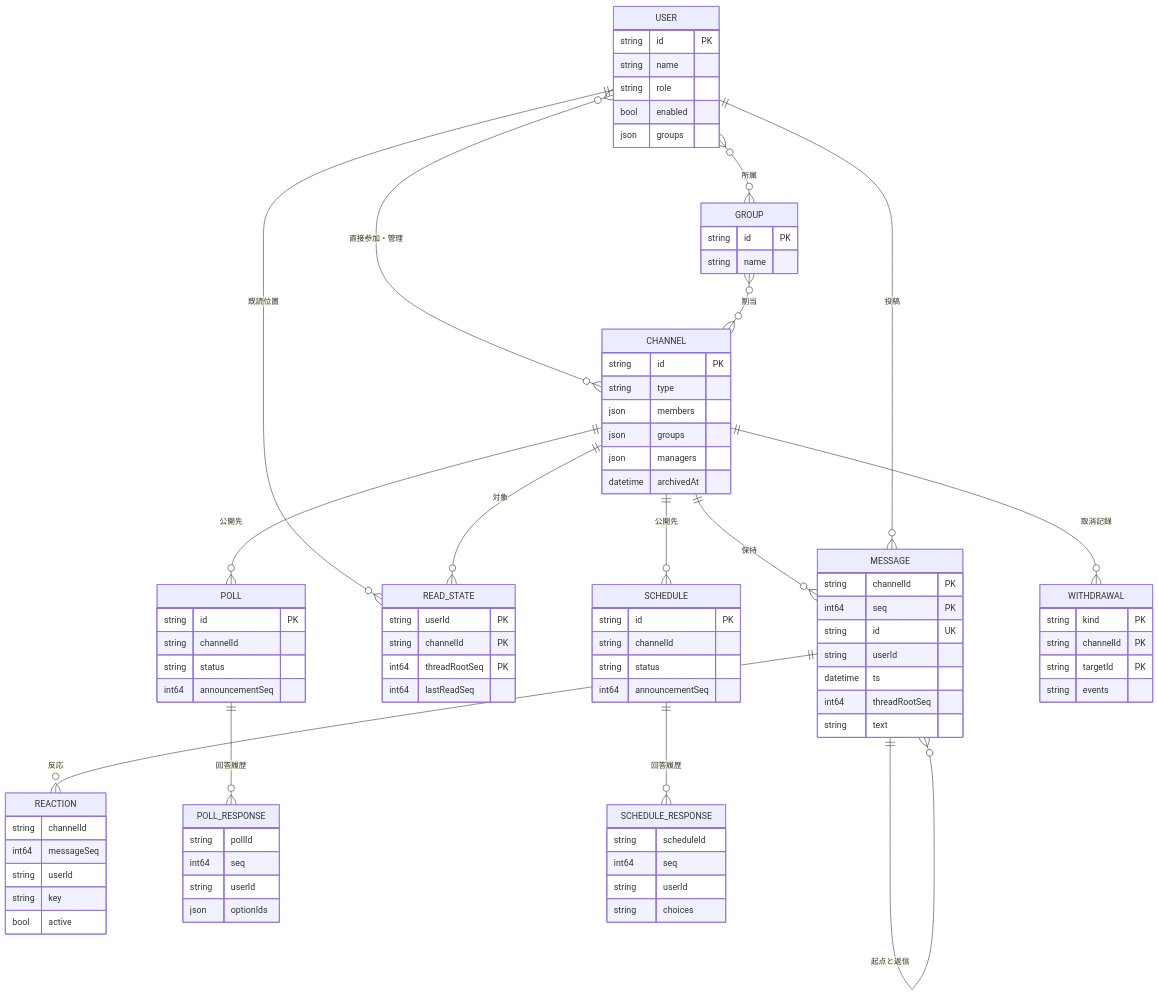
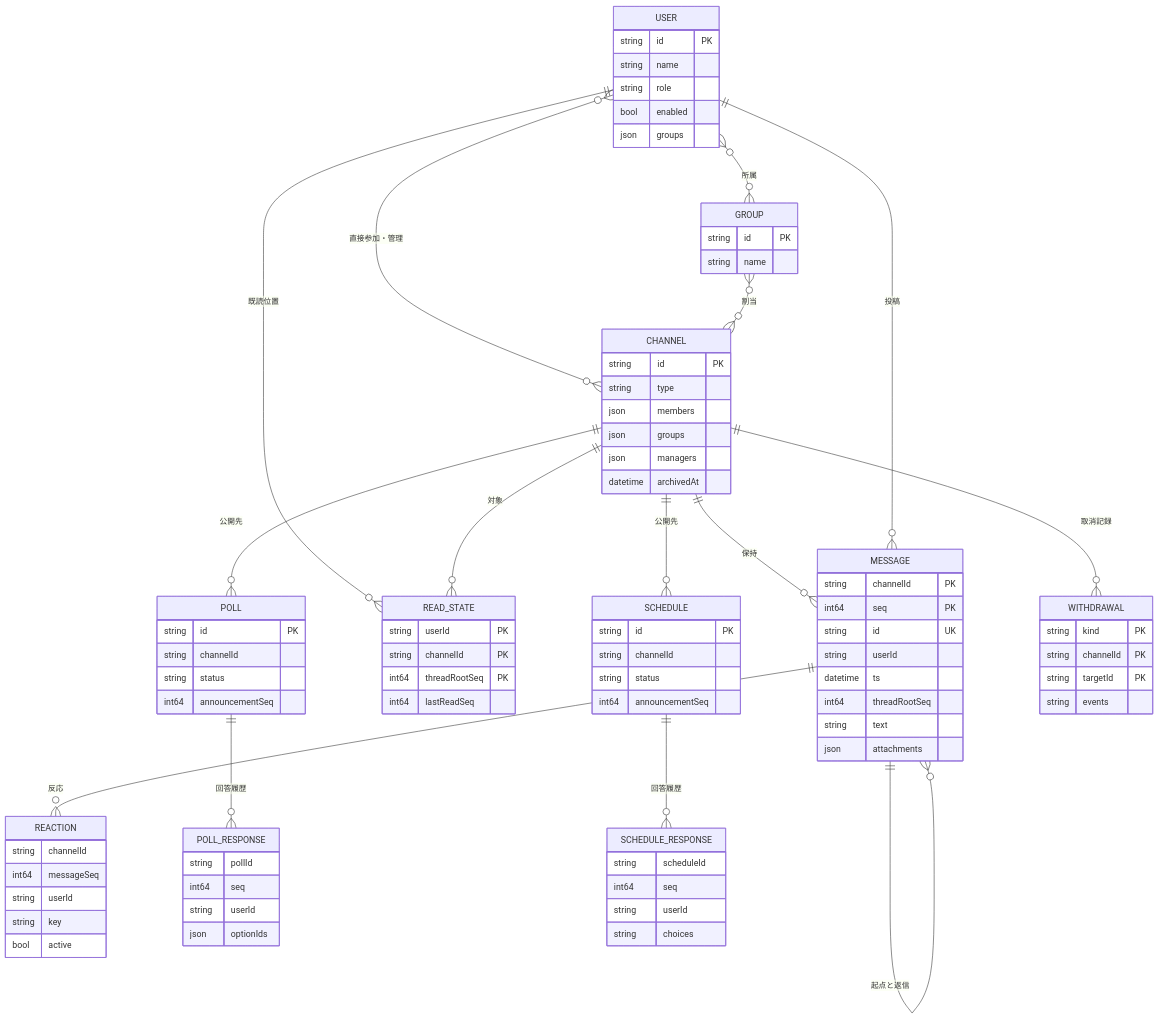
Before and after one commit to masapico/minihub: the first of 3 diagrams in docs/data-model.md, drawn with Mermaid. The commit also changed other lines of this file and 24 other files, not shown here.

```diff
--- a/docs/data-model.md
+++ b/docs/data-model.md
@@ -33,6 +33,7 @@
         datetime ts
         int64 threadRootSeq
         string text
+        json attachments
     }
     READ_STATE {
         string userId PK
```
